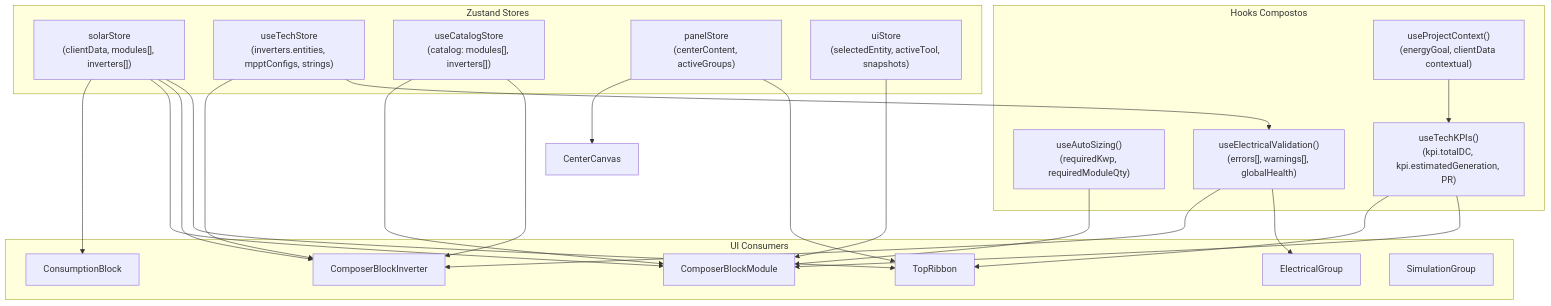
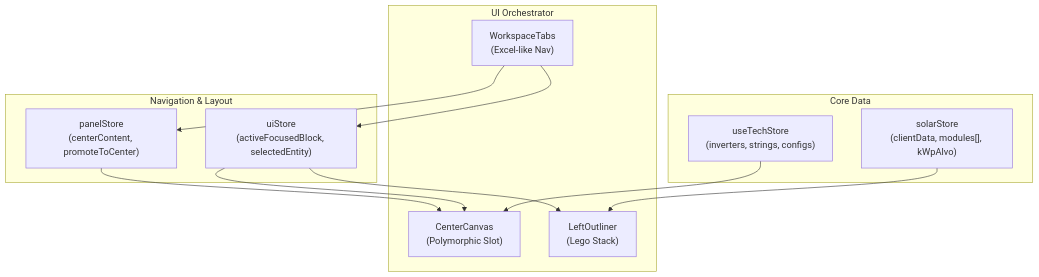
One commit to OEscolh1do/nexus-api changed the diagram in docs/interface/mapa-interface-completo.md. Above: the diagram before and after it, drawn with Mermaid. The commit also changed other lines of this file and 112 other files, not shown here.

````diff
--- a/docs/interface/mapa-interface-completo.md
+++ b/docs/interface/mapa-interface-completo.md
@@ -326,44 +203,26 @@
 ```mermaid
 graph TD
-    subgraph "Zustand Stores"
-        SS["solarStore\n(clientData, modules[], inverters[])"]
-        TS["useTechStore\n(inverters.entities, mpptConfigs, strings)"]
-        CS["useCatalogStore\n(catalog: modules[], inverters[])"]
-        PS["panelStore\n(centerContent, activeGroups)"]
-        UI["uiStore\n(selectedEntity, activeTool, snapshots)"]
+    subgraph "Navigation & Layout"
+        PS["panelStore\n(centerContent, promoteToCenter)"]
+        UI["uiStore\n(activeFocusedBlock, selectedEntity)"]
     end
 
-    subgraph "Hooks Compostos"
-        AS["useAutoSizing()\n(requiredKwp, requiredModuleQty)"]
-        EV["useElectricalValidation()\n(errors[], warnings[], globalHealth)"]
-        TK["useTechKPIs()\n(kpi.totalDC, kpi.estimatedGeneration, PR)"]
-        PC["useProjectContext()\n(energyGoal, clientData contextual)"]
+    subgraph "Core Data"
+        SS["solarStore\n(clientData, modules[], kWpAlvo)"]
+        TS["useTechStore\n(inverters, strings, configs)"]
     end
 
-    subgraph "UI Consumers"
-        CB["ConsumptionBlock"]
-        BM["ComposerBlockModule"]
-        BI["ComposerBlockInverter"]
-        TR["TopRibbon"]
-        EG["ElectricalGroup"]
-        SG["SimulationGroup"]
+    subgraph "UI Orchestrator"
+        CC["CenterCanvas\n(Polymorphic Slot)"]
+        LO["LeftOutliner\n(Lego Stack)"]
+        WT["WorkspaceTabs\n(Excel-like Nav)"]
     end
 
-    SS --> CB
-    SS --> BM
-    SS --> BI
-    SS --> TR
-    TS --> BI
-    TS --> EV
-    CS --> BM
-    CS --> BI
-    AS --> BM
-    EV --> BI
-    EV --> EG
-    TK --> TR
-    TK --> BM
-    PC --> TK
-    UI --> BM
-    PS --> CenterCanvas["CenterCanvas"]
-    PS --> TR
+    PS --> CC
+    UI --> CC
+    UI --> LO
+    SS --> LO
+    TS --> CC
+    WT --> UI
+    WT --> PS
 ```
````
